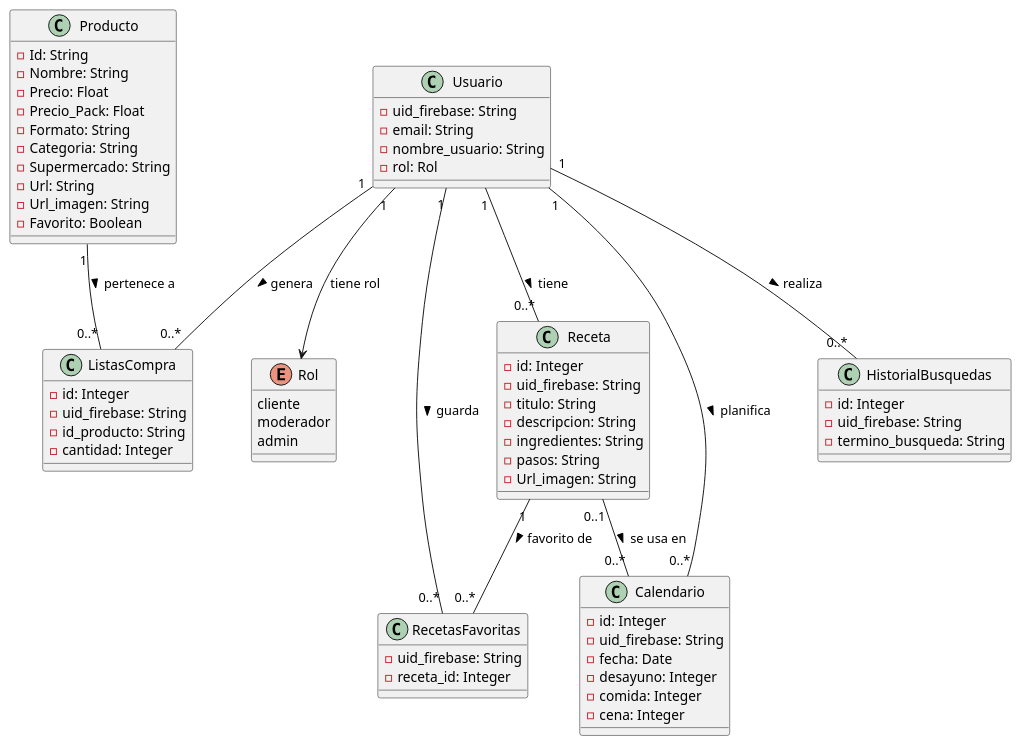
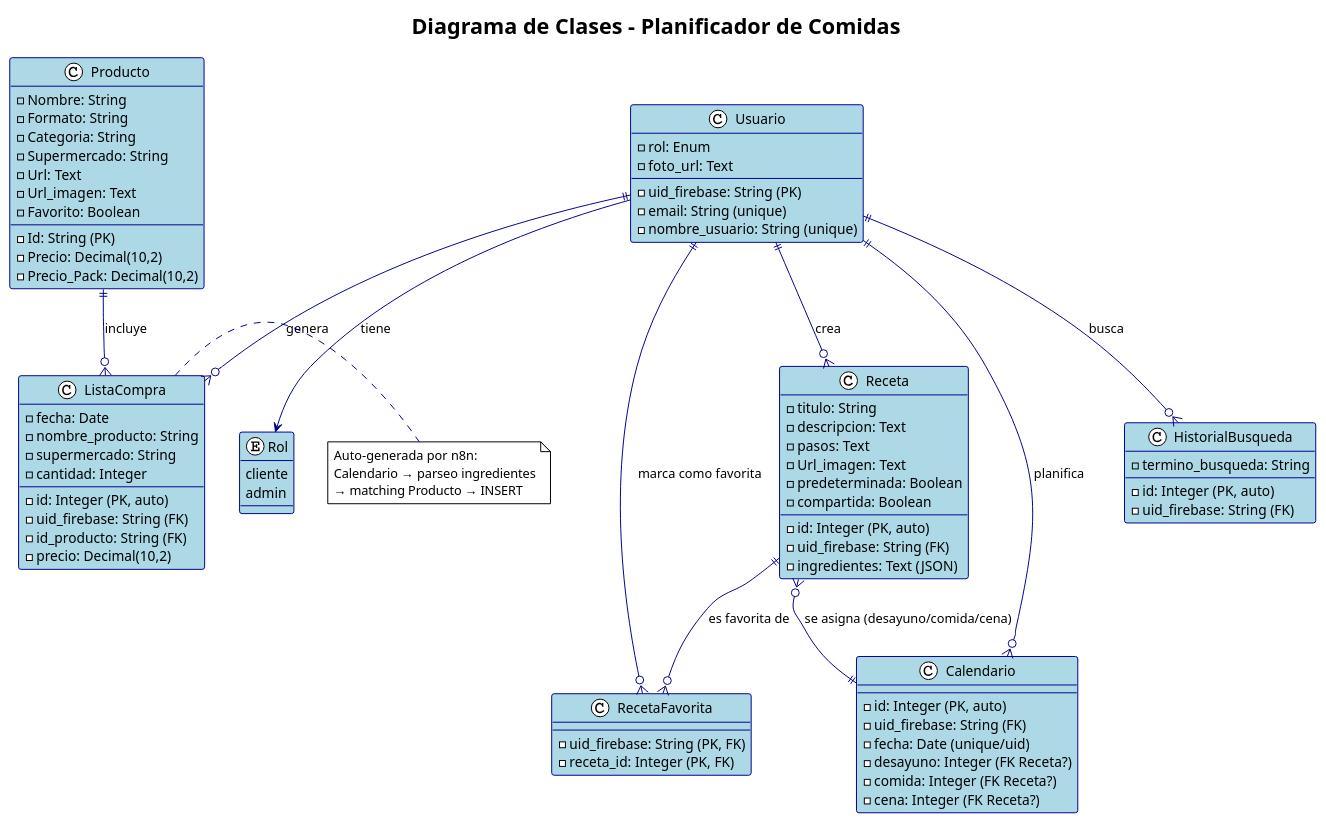
The diagram in documentacion/imagenes/diagramaClases.puml (DavidRCh56/TFG_DAM_DavidRicoChica), drawn with PlantUML before and after one commit. The commit also changed 16 other files, not shown here.

```diff
--- a/documentacion/imagenes/diagramaClases.puml
+++ b/documentacion/imagenes/diagramaClases.puml
@@ -1,77 +1,99 @@
 @startuml diagramaClases
 
+!theme plain
+skinparam class {
+  BackgroundColor lightblue
+  BorderColor darkblue
+  ArrowColor darkblue
+}
+
+title Diagrama de Clases - Planificador de Comidas
+
 class Producto {
-    - Id: String
+    - Id: String (PK)
     - Nombre: String
-    - Precio: Float
-    - Precio_Pack: Float
+    - Precio: Decimal(10,2)
+    - Precio_Pack: Decimal(10,2)
     - Formato: String
     - Categoria: String
     - Supermercado: String
-    - Url: String
-    - Url_imagen: String
+    - Url: Text
+    - Url_imagen: Text
     - Favorito: Boolean
 }
 
 class Usuario {
-    - uid_firebase: String
-    - email: String
-    - nombre_usuario: String
-    - rol: Rol
+    - uid_firebase: String (PK)
+    - email: String (unique)
+    - nombre_usuario: String (unique)
+    - rol: Enum
+    - foto_url: Text
 }
 
 enum Rol {
     cliente
-    moderador
     admin
 }
 
 class Receta {
-    - id: Integer
-    - uid_firebase: String
+    - id: Integer (PK, auto)
+    - uid_firebase: String (FK)
     - titulo: String
-    - descripcion: String
-    - ingredientes: String
-    - pasos: String
-    - Url_imagen: String
+    - descripcion: Text
+    - ingredientes: Text (JSON)
+    - pasos: Text
+    - Url_imagen: Text
+    - predeterminada: Boolean
+    - compartida: Boolean
 }
 
-class RecetasFavoritas {
-    - uid_firebase: String
-    - receta_id: Integer
+class RecetaFavorita {
+    - uid_firebase: String (PK, FK)
+    - receta_id: Integer (PK, FK)
 }
 
 class Calendario {
-    - id: Integer
-    - uid_firebase: String
-    - fecha: Date
-    - desayuno: Integer
-    - comida: Integer
-    - cena: Integer
+    - id: Integer (PK, auto)
+    - uid_firebase: String (FK)
+    - fecha: Date (unique/uid)
+    - desayuno: Integer (FK Receta?)
+    - comida: Integer (FK Receta?)
+    - cena: Integer (FK Receta?)
 }
 
-class ListasCompra {
-    - id: Integer
-    - uid_firebase: String
-    - id_producto: String
+class ListaCompra {
+    - id: Integer (PK, auto)
+    - uid_firebase: String (FK)
+    - fecha: Date
+    - id_producto: String (FK)
+    - nombre_producto: String
+    - precio: Decimal(10,2)
+    - supermercado: String
     - cantidad: Integer
 }
 
-class HistorialBusquedas {
-    - id: Integer
-    - uid_firebase: String
+class HistorialBusqueda {
+    - id: Integer (PK, auto)
+    - uid_firebase: String (FK)
     - termino_busqueda: String
 }
 
-Usuario "1" -- "0..*" Receta : tiene >
-Usuario "1" -- "0..*" RecetasFavoritas : guarda >
-Receta "1" -- "0..*" RecetasFavoritas : favorito de >
-Usuario "1" -- "0..*" Calendario : planifica >
-Receta "0..1" -- "0..*" Calendario : se usa en >
-Usuario "1" -- "0..*" ListasCompra : genera >
-Producto "1" -- "0..*" ListasCompra : pertenece a >
-Usuario "1" -- "0..*" HistorialBusquedas : realiza >
+' Relaciones principales
+Usuario ||--o{ Receta : "crea"
+Usuario ||--o{ RecetaFavorita : "marca como favorita"
+Receta ||--o{ RecetaFavorita : "es favorita de"
+Usuario ||--o{ Calendario : "planifica"
+Receta }o--|| Calendario : "se asigna (desayuno/comida/cena)"
+Usuario ||--o{ ListaCompra : "genera"
+Producto ||--o{ ListaCompra : "incluye"
+Usuario ||--o{ HistorialBusqueda : "busca"
 
-Usuario "1" --> Rol : "tiene rol"
+Usuario --> Rol : "tiene"
+
+note right of ListaCompra
+  Auto-generada por n8n:
+  Calendario → parseo ingredientes
+  → matching Producto → INSERT
+end note
 
 @enduml
```
